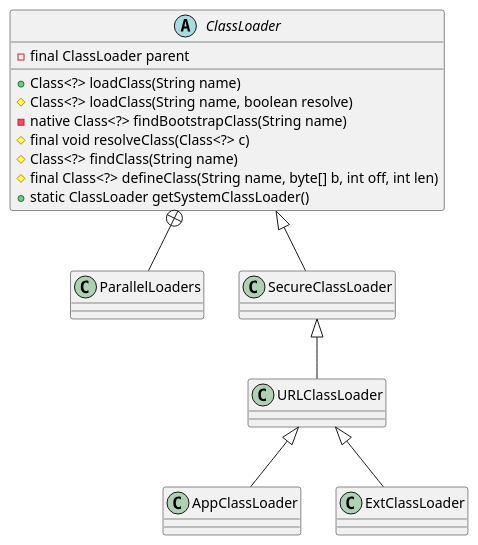
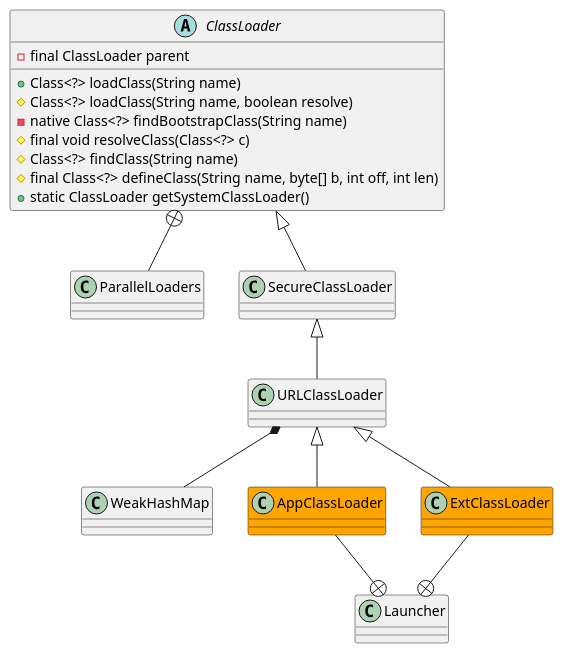
One commit to onlyonion/development changed the diagram in docs/10-java/src/rt.jar.src/java/lang/ClassLoader.md. Above: the diagram before and after it, drawn with PlantUML. The commit also changed 63 other files, not shown here.

````diff
--- a/docs/10-java/src/rt.jar.src/java/lang/ClassLoader.md
+++ b/docs/10-java/src/rt.jar.src/java/lang/ClassLoader.md
@@ -30,24 +30,34 @@
 ```plantuml
 @startuml
 
 abstract class ClassLoader {
     - final ClassLoader parent
     + Class<?> loadClass(String name)
     # Class<?> loadClass(String name, boolean resolve)
     - native Class<?> findBootstrapClass(String name)
     # final void resolveClass(Class<?> c)
     # Class<?> findClass(String name)
     # final Class<?> defineClass(String name, byte[] b, int off, int len)
     + static ClassLoader getSystemClassLoader()
 }
 
 ClassLoader +-- ParallelLoaders
 
 ClassLoader ^-- SecureClassLoader
 SecureClassLoader ^-- URLClassLoader
 
+class URLClassLoader 
+URLClassLoader *-- WeakHashMap
+
 URLClassLoader ^-- AppClassLoader
 URLClassLoader ^-- ExtClassLoader
 
+class Launcher
+class AppClassLoader #orange
+class ExtClassLoader #orange
+
+AppClassLoader --+ Launcher
+ExtClassLoader --+ Launcher
+
 @enduml
 ```
````
